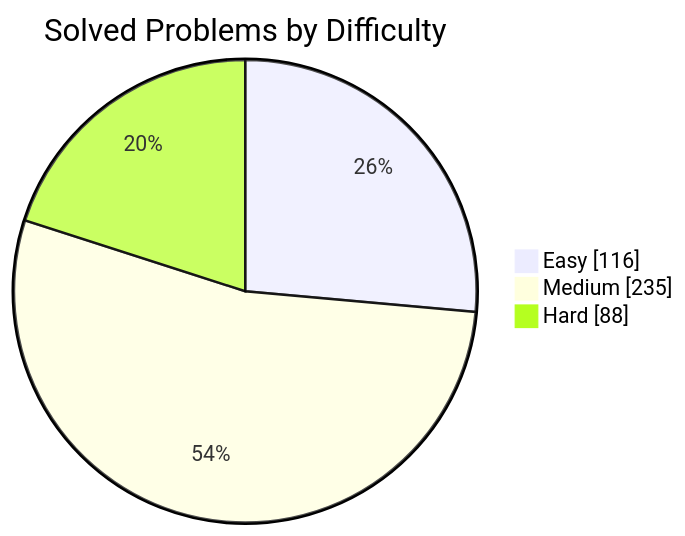
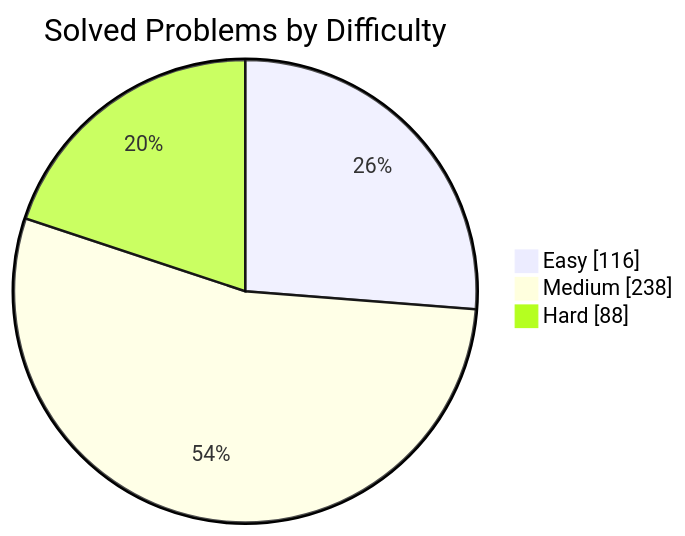
One commit to manikantbindass/DSA-Preparation-FAANG changed the first of 2 diagrams in README.md. Above: the diagram before and after it, drawn with Mermaid. The commit also changed other lines of this file and 1 other file, not shown here.

````diff
--- a/README.md
+++ b/README.md
@@ -77,7 +77,7 @@
 ```mermaid
 pie showData
     title Solved Problems by Difficulty
     "Easy" : 116
-    "Medium" : 235
+    "Medium" : 238
     "Hard" : 88
 ```
````
